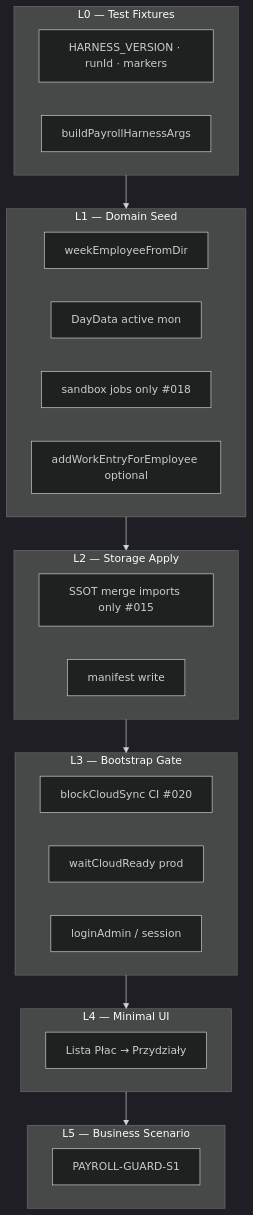
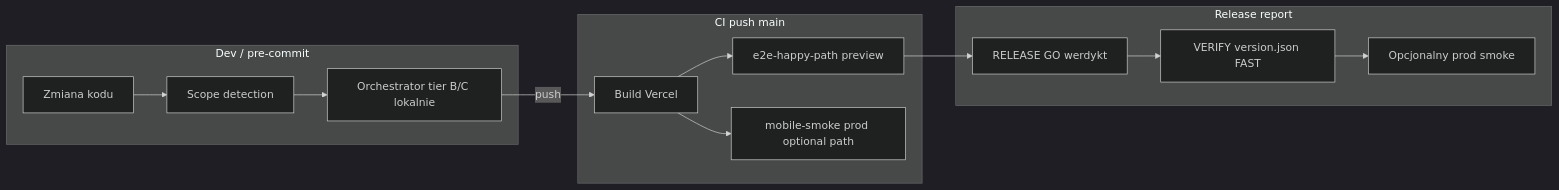
Before and after one commit to dawidthai125/wgdom: the diagram in docs/TEST-INFRA-001-DESIGN-FREEZE.md, drawn with Mermaid (dark theme). The commit also changed other lines of this file and 1 other file, not shown here.

First line of the commit message:
docs(test-infra): MB-1.1 SSOT sync — DESIGN FREEZE v2.0 + #009 gate semantics

````diff
--- a/docs/TEST-INFRA-001-DESIGN-FREEZE.md
+++ b/docs/TEST-INFRA-001-DESIGN-FREEZE.md
@@ -43,35 +333,28 @@
 ```mermaid
-flowchart TB
-  subgraph L0["L0 — Test Fixtures"]
-    F1[HARNESS_VERSION · runId · markers]
-    F2[buildPayrollHarnessArgs]
+flowchart LR
+  subgraph dev["Dev / pre-commit"]
+    D1[Zmiana kodu]
+    D2[Scope detection]
+    D3[Orchestrator tier B/C lokalnie]
   end
 
-  subgraph L1["L1 — Domain Seed"]
-    D1[weekEmployeeFromDir]
-    D2[DayData active mon]
-    D3[sandbox jobs only #018]
-    D4[addWorkEntryForEmployee optional]
+  subgraph ci["CI push main"]
+    C1[Build Vercel]
+    C2[e2e-happy-path preview]
+    C3[mobile-smoke prod optional path]
   end
 
-  subgraph L2["L2 — Storage Apply"]
-    M1[SSOT merge imports only #015]
-    M2[manifest write]
+  subgraph release["Release report"]
+    R1[RELEASE GO werdykt]
+    R2[VERIFY version.json FAST]
+    R3[Opcjonalny prod smoke]
   end
 
-  subgraph L3["L3 — Bootstrap Gate"]
-    B1[blockCloudSync CI #020]
-    B2[waitCloudReady prod]
-    B3[loginAdmin / session]
-  end
-
-  subgraph L4["L4 — Minimal UI"]
-    U1[Lista Płac → Przydziały]
-  end
-
-  subgraph L5["L5 — Business Scenario"]
-    S1[PAYROLL-GUARD-S1]
-  end
-
-  L0 --> L1 --> L2 --> L3 --> L4 --> L5
+  D1 --> D2 --> D3
+  D3 -->|push| C1
+  C1 --> C2
+  C1 --> C3
+  C2 --> R1
+  R1 --> R2
+  R2 --> R3
 ```
````
